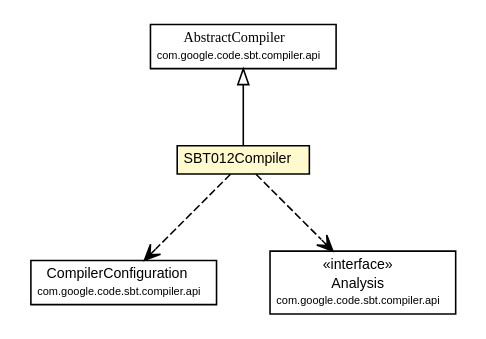
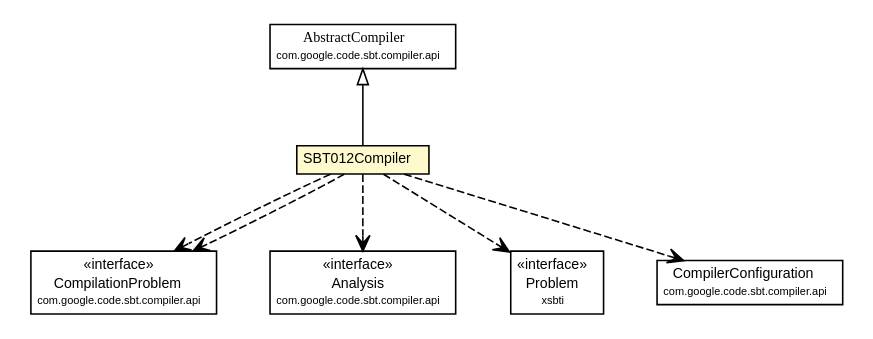
One commit to sbt-compiler-maven-plugin/sbt-compiler-maven-plugin.github.io changed the diagram in sbt-compiler-maven-plugin/1.0.0-beta9-SNAPSHOT/sbt-compilers/sbt-compiler-sbt012/apidocs/com/google/code/sbt/compiler/sbt012/SBT012Compiler.dot. Above: the diagram before and after it, drawn with Graphviz. The commit also changed 247 other files, not shown here.

```diff
--- a/sbt-compiler-maven-plugin/1.0.0-beta9-SNAPSHOT/sbt-compilers/sbt-compiler-sbt012/apidocs/com/google/code/sbt/compiler/sbt012/SBT012Compiler.dot
+++ b/sbt-compiler-maven-plugin/1.0.0-beta9-SNAPSHOT/sbt-compilers/sbt-compiler-sbt012/apidocs/com/google/code/sbt/compiler/sbt012/SBT012Compiler.dot
@@ -1,46 +1,68 @@
 #!/usr/local/bin/dot
 #
 # Class diagram 
 # Generated by UMLGraph version R5_6-24-gf6e263 (http://www.umlgraph.org/)
 #
 
 digraph G {
 	edge [fontname="arial",fontsize=10,labelfontname="arial",labelfontsize=10];
 	node [fontname="arial",fontsize=10,shape=plaintext];
 	nodesep=0.25;
 	ranksep=0.5;
 	// com.google.code.sbt.compiler.sbt012.SBT012Compiler
-	c36 [label=<<table title="com.google.code.sbt.compiler.sbt012.SBT012Compiler" border="0" cellborder="1" cellspacing="0" cellpadding="2" port="p" bgcolor="lemonChiffon" href="./SBT012Compiler.html">
+	c39 [label=<<table title="com.google.code.sbt.compiler.sbt012.SBT012Compiler" border="0" cellborder="1" cellspacing="0" cellpadding="2" port="p" bgcolor="lemonChiffon" href="./SBT012Compiler.html">
 		<tr><td><table border="0" cellspacing="0" cellpadding="1">
 <tr><td align="center" balign="center"> SBT012Compiler </td></tr>
 		</table></td></tr>
 		</table>>, URL="./SBT012Compiler.html", fontname="arial", fontcolor="black", fontsize=9.0];
 	//com.google.code.sbt.compiler.sbt012.SBT012Compiler extends com.google.code.sbt.compiler.api.AbstractCompiler
-	c41:p -> c36:p [dir=back,arrowtail=empty];
+	c44:p -> c39:p [dir=back,arrowtail=empty];
+	// com.google.code.sbt.compiler.sbt012.SBT012Compiler DEPEND com.google.code.sbt.compiler.api.CompilationProblem
+	c39:p -> c45:p [taillabel="", label="", headlabel="", fontname="arial", fontcolor="black", fontsize=10.0, color="black", arrowhead=open, style=dashed];
+	// com.google.code.sbt.compiler.sbt012.SBT012Compiler DEPEND com.google.code.sbt.compiler.api.Analysis
+	c39:p -> c46:p [taillabel="", label="", headlabel="", fontname="arial", fontcolor="black", fontsize=10.0, color="black", arrowhead=open, style=dashed];
+	// com.google.code.sbt.compiler.sbt012.SBT012Compiler DEPEND xsbti.Problem
+	c39:p -> c47:p [taillabel="", label="", headlabel="", fontname="arial", fontcolor="black", fontsize=10.0, color="black", arrowhead=open, style=dashed];
+	// com.google.code.sbt.compiler.sbt012.SBT012Compiler DEPEND com.google.code.sbt.compiler.api.CompilationProblem
+	c39:p -> c45:p [taillabel="", label="", headlabel="", fontname="arial", fontcolor="black", fontsize=10.0, color="black", arrowhead=open, style=dashed];
 	// com.google.code.sbt.compiler.sbt012.SBT012Compiler DEPEND com.google.code.sbt.compiler.api.CompilerConfiguration
-	c36:p -> c44:p [taillabel="", label="", headlabel="", fontname="arial", fontcolor="black", fontsize=10.0, color="black", arrowhead=open, style=dashed];
-	// com.google.code.sbt.compiler.sbt012.SBT012Compiler DEPEND com.google.code.sbt.compiler.api.Analysis
-	c36:p -> c45:p [taillabel="", label="", headlabel="", fontname="arial", fontcolor="black", fontsize=10.0, color="black", arrowhead=open, style=dashed];
+	c39:p -> c51:p [taillabel="", label="", headlabel="", fontname="arial", fontcolor="black", fontsize=10.0, color="black", arrowhead=open, style=dashed];
+	// com.google.code.sbt.compiler.api.CompilationProblem
+	c45 [label=<<table title="com.google.code.sbt.compiler.api.CompilationProblem" border="0" cellborder="1" cellspacing="0" cellpadding="2" port="p">
+		<tr><td><table border="0" cellspacing="0" cellpadding="1">
+<tr><td align="center" balign="center"> &#171;interface&#187; </td></tr>
+<tr><td align="center" balign="center"> CompilationProblem </td></tr>
+<tr><td align="center" balign="center"><font point-size="7.0"> com.google.code.sbt.compiler.api </font></td></tr>
+		</table></td></tr>
+		</table>>, URL="null", fontname="arial", fontcolor="black", fontsize=9.0];
+	// xsbti.Problem
+	c47 [label=<<table title="xsbti.Problem" border="0" cellborder="1" cellspacing="0" cellpadding="2" port="p">
+		<tr><td><table border="0" cellspacing="0" cellpadding="1">
+<tr><td align="center" balign="center"> &#171;interface&#187; </td></tr>
+<tr><td align="center" balign="center"> Problem </td></tr>
+<tr><td align="center" balign="center"><font point-size="7.0"> xsbti </font></td></tr>
+		</table></td></tr>
+		</table>>, URL="null", fontname="arial", fontcolor="black", fontsize=9.0];
 	// com.google.code.sbt.compiler.api.AbstractCompiler
-	c41 [label=<<table title="com.google.code.sbt.compiler.api.AbstractCompiler" border="0" cellborder="1" cellspacing="0" cellpadding="2" port="p">
+	c44 [label=<<table title="com.google.code.sbt.compiler.api.AbstractCompiler" border="0" cellborder="1" cellspacing="0" cellpadding="2" port="p">
 		<tr><td><table border="0" cellspacing="0" cellpadding="1">
 <tr><td align="center" balign="center"><font face="arial italic"> AbstractCompiler </font></td></tr>
 <tr><td align="center" balign="center"><font point-size="7.0"> com.google.code.sbt.compiler.api </font></td></tr>
 		</table></td></tr>
 		</table>>, URL="null", fontname="arial", fontcolor="black", fontsize=9.0];
 	// com.google.code.sbt.compiler.api.Analysis
-	c45 [label=<<table title="com.google.code.sbt.compiler.api.Analysis" border="0" cellborder="1" cellspacing="0" cellpadding="2" port="p">
+	c46 [label=<<table title="com.google.code.sbt.compiler.api.Analysis" border="0" cellborder="1" cellspacing="0" cellpadding="2" port="p">
 		<tr><td><table border="0" cellspacing="0" cellpadding="1">
 <tr><td align="center" balign="center"> &#171;interface&#187; </td></tr>
 <tr><td align="center" balign="center"> Analysis </td></tr>
 <tr><td align="center" balign="center"><font point-size="7.0"> com.google.code.sbt.compiler.api </font></td></tr>
 		</table></td></tr>
 		</table>>, URL="null", fontname="arial", fontcolor="black", fontsize=9.0];
 	// com.google.code.sbt.compiler.api.CompilerConfiguration
-	c44 [label=<<table title="com.google.code.sbt.compiler.api.CompilerConfiguration" border="0" cellborder="1" cellspacing="0" cellpadding="2" port="p">
+	c51 [label=<<table title="com.google.code.sbt.compiler.api.CompilerConfiguration" border="0" cellborder="1" cellspacing="0" cellpadding="2" port="p">
 		<tr><td><table border="0" cellspacing="0" cellpadding="1">
 <tr><td align="center" balign="center"> CompilerConfiguration </td></tr>
 <tr><td align="center" balign="center"><font point-size="7.0"> com.google.code.sbt.compiler.api </font></td></tr>
 		</table></td></tr>
 		</table>>, URL="null", fontname="arial", fontcolor="black", fontsize=9.0];
 }
```
